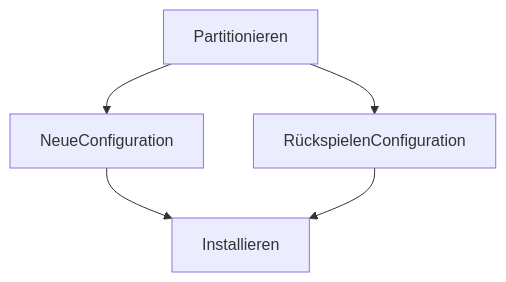
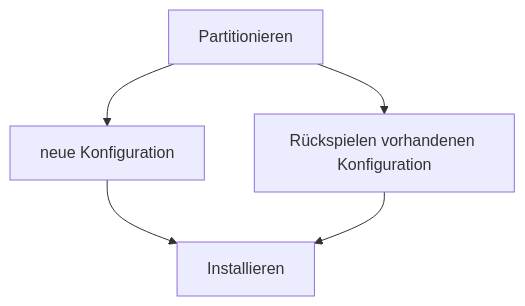
Before and after one commit to aarontrom/projektwoche-afbb: the diagram in Wiederanlaufplan.md, drawn with Mermaid.

Commit message:
Wiederanlaufplan: Diagramm

````diff
--- a/Wiederanlaufplan.md
+++ b/Wiederanlaufplan.md
@@ -3,5 +3,5 @@
 ```mermaid
 flowchart TB
-  Partitionieren --> NeueConfiguration --> Installieren
-  Partitionieren --> RückspielenConfiguration --> Installieren
+  Partitionieren --> NeueConfiguration[neue Konfiguration] --> Installieren
+  Partitionieren --> RückspielenConfiguration[Rückspielen vorhandenen Konfiguration] --> Installieren
 ```
````
